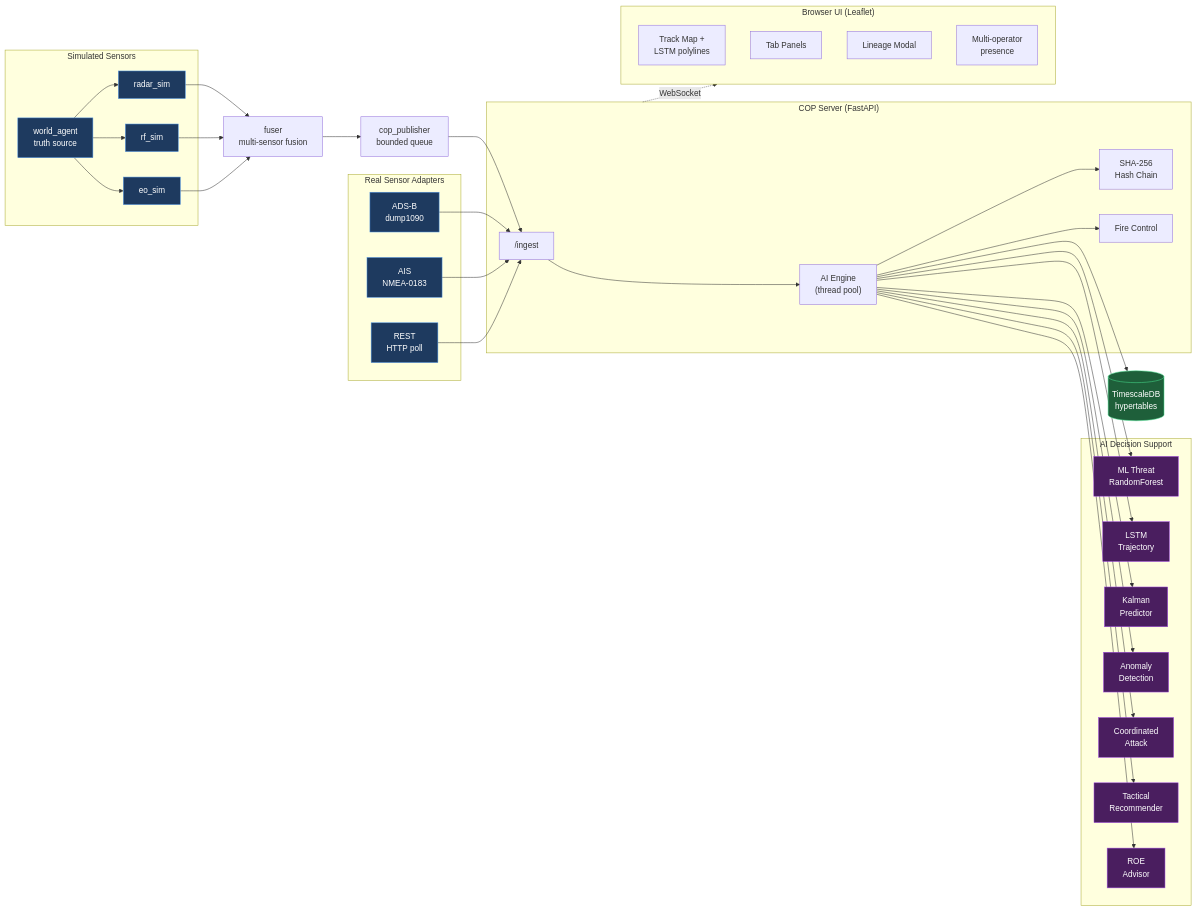
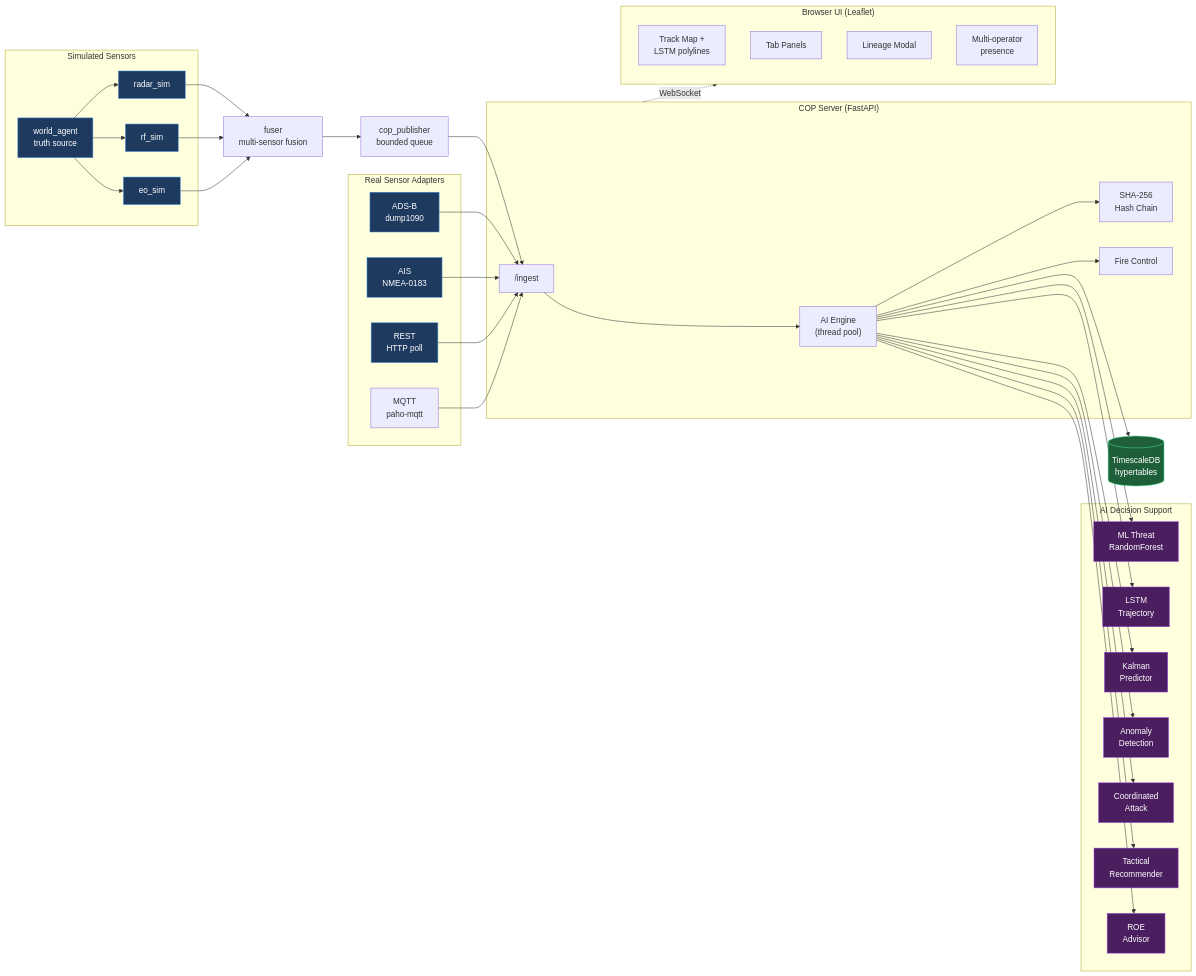
One commit to altunbulakemre75/nizam-agent-c2 changed the diagram in README.md. Above: the diagram before and after it, drawn with Mermaid. The commit also changed other lines of this file and 3 other files, not shown here.

````diff
--- a/README.md
+++ b/README.md
@@ -99,78 +100,80 @@
 ```mermaid
 flowchart LR
     subgraph SIM["Simulated Sensors"]
         WORLD[world_agent<br/>truth source]
         RADAR[radar_sim]
         RF[rf_sim]
         EO[eo_sim]
         WORLD --> RADAR
         WORLD --> RF
         WORLD --> EO
     end
 
     subgraph REAL["Real Sensor Adapters"]
         ADSB[ADS-B<br/>dump1090]
         AIS[AIS<br/>NMEA-0183]
         REST[REST<br/>HTTP poll]
+        MQTT[MQTT<br/>paho-mqtt]
     end
 
     FUSER[fuser<br/>multi-sensor fusion]
     PUB[cop_publisher<br/>bounded queue]
 
     RADAR --> FUSER
     RF --> FUSER
     EO --> FUSER
     FUSER --> PUB
 
     subgraph COP["COP Server (FastAPI)"]
         INGEST["/ingest"]
         AI["AI Engine<br/>(thread pool)"]
         LINEAGE[SHA-256<br/>Hash Chain]
         FC[Fire Control]
         INGEST --> AI
         AI --> LINEAGE
         AI --> FC
     end
 
     PUB --> INGEST
     ADSB --> INGEST
     AIS --> INGEST
     REST --> INGEST
+    MQTT --> INGEST
 
     subgraph AILAYER["AI Decision Support"]
         ML[ML Threat<br/>RandomForest]
         LSTM[LSTM<br/>Trajectory]
         KAL[Kalman<br/>Predictor]
         ANOM[Anomaly<br/>Detection]
         COORD[Coordinated<br/>Attack]
         TAC[Tactical<br/>Recommender]
         ROE[ROE<br/>Advisor]
     end
 
     AI --> ML
     AI --> LSTM
     AI --> KAL
     AI --> ANOM
     AI --> COORD
     AI --> TAC
     AI --> ROE
 
     DB[(TimescaleDB<br/>hypertables)]
     AI --> DB
 
     subgraph UI["Browser UI (Leaflet)"]
         MAP[Track Map +<br/>LSTM polylines]
         TABS[Tab Panels]
         CHAIN[Lineage Modal]
         OPS[Multi-operator<br/>presence]
     end
 
     COP -.->|WebSocket| UI
 
     classDef sensor fill:#1e3a5f,stroke:#4a90e2,color:#fff
     classDef ai fill:#4a1e5f,stroke:#a04ae2,color:#fff
     classDef store fill:#1e5f3a,stroke:#4ae290,color:#fff
     class RADAR,RF,EO,WORLD,ADSB,AIS,REST sensor
     class ML,LSTM,KAL,ANOM,COORD,TAC,ROE ai
     class DB store
 ```
````
